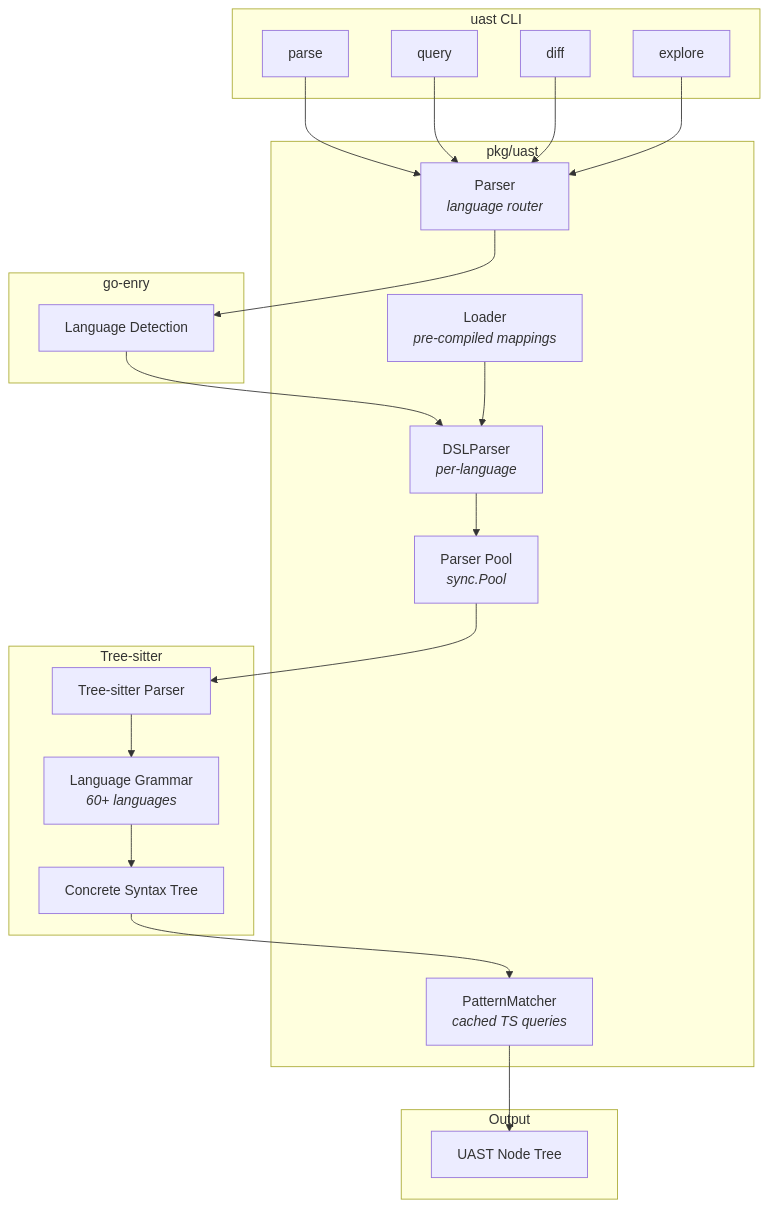
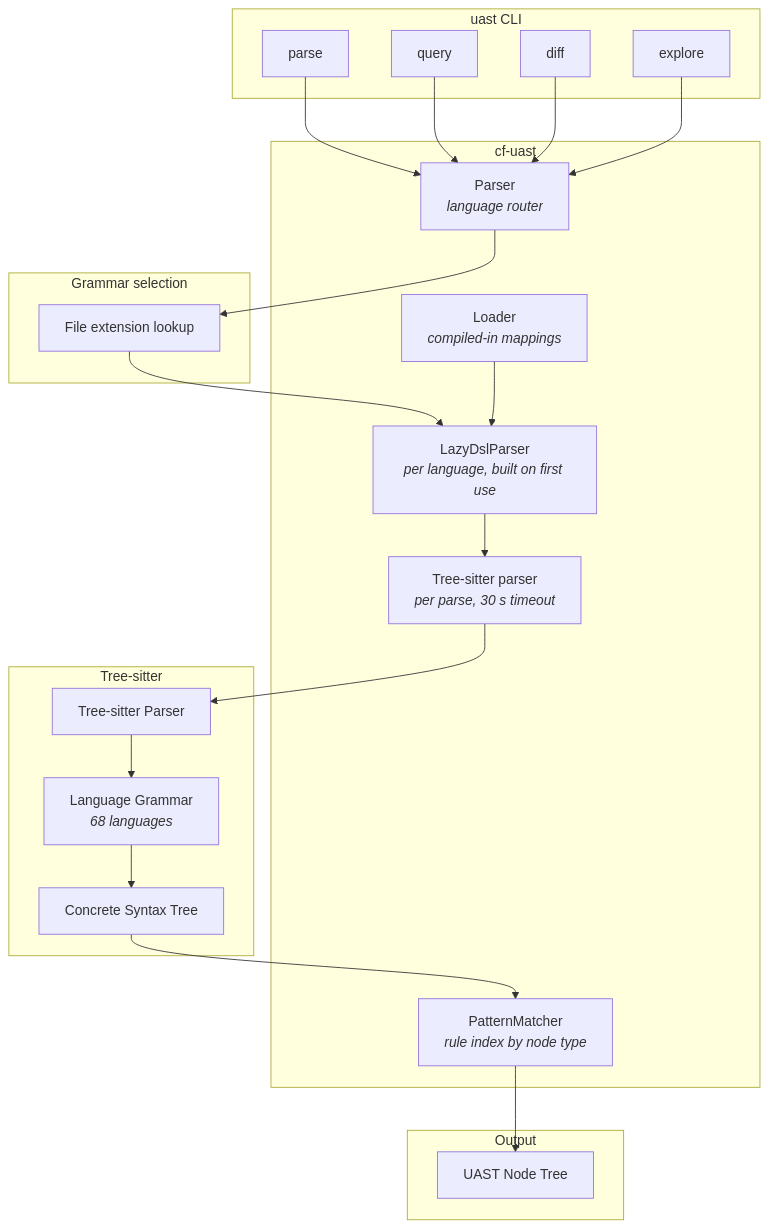
The second of 2 diagrams in site/architecture/uast.md (Sumatoshi-tech/codefang), drawn with Mermaid before and after one commit. The commit also changed other lines of this file and 647 other files, not shown here.

````diff
--- a/site/architecture/uast.md
+++ b/site/architecture/uast.md
@@ -383,46 +459,46 @@
 ```mermaid
 flowchart TB
     subgraph cli["uast CLI"]
         PARSE_CMD[parse]
         QUERY_CMD[query]
         DIFF_CMD[diff]
         EXPLORE_CMD[explore]
     end
 
-    subgraph parser["pkg/uast"]
-        LOADER[Loader<br/><em>pre-compiled mappings</em>]
+    subgraph parser["cf-uast"]
+        LOADER[Loader<br/><em>compiled-in mappings</em>]
         PARSER[Parser<br/><em>language router</em>]
-        DSL[DSLParser<br/><em>per-language</em>]
-        PM[PatternMatcher<br/><em>cached TS queries</em>]
-        POOL[Parser Pool<br/><em>sync.Pool</em>]
+        DSL[LazyDslParser<br/><em>per language, built on first use</em>]
+        PM[PatternMatcher<br/><em>rule index by node type</em>]
+        POOL[Tree-sitter parser<br/><em>per parse, 30 s timeout</em>]
     end
 
     subgraph treesitter["Tree-sitter"]
-        TS_GRAMMAR[Language Grammar<br/><em>60+ languages</em>]
+        TS_GRAMMAR[Language Grammar<br/><em>68 languages</em>]
         TS_PARSER[Tree-sitter Parser]
         CST[Concrete Syntax Tree]
     end
 
-    subgraph enry["go-enry"]
-        LANG_DETECT[Language Detection]
+    subgraph enry["Grammar selection"]
+        LANG_DETECT[File extension lookup]
     end
 
     subgraph output_nodes["Output"]
         UAST_TREE["UAST Node Tree"]
     end
 
     PARSE_CMD --> PARSER
     QUERY_CMD --> PARSER
     DIFF_CMD --> PARSER
     EXPLORE_CMD --> PARSER
 
     PARSER --> LANG_DETECT
     LANG_DETECT --> DSL
     LOADER --> DSL
 
     DSL --> POOL --> TS_PARSER
     TS_PARSER --> TS_GRAMMAR
     TS_GRAMMAR --> CST
     CST --> PM
     PM --> UAST_TREE
 ```
````
